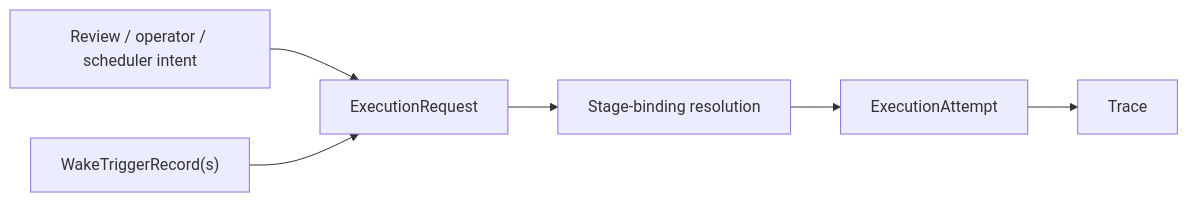
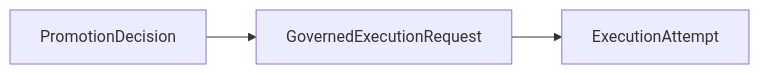
The diagram in wiki/architecture/specs/12-governed-execution-request-contract.md (openboa-ai/ouroboros), drawn with Mermaid before and after one commit. The commit also changed other lines of this file and 80 other files, not shown here.

Commit message:
docs: lock mlp-01 architecture design baseline

````diff
--- a/wiki/architecture/specs/12-governed-execution-request-contract.md
+++ b/wiki/architecture/specs/12-governed-execution-request-contract.md
@@ -69,8 +48,5 @@
 ```mermaid
 flowchart LR
-    A["Review / operator / scheduler intent"] --> B["ExecutionRequest"]
-    P["WakeTriggerRecord(s)"] --> B
-    B --> C["Stage-binding resolution"]
-    C --> D["ExecutionAttempt"]
-    D --> E["Trace"]
+    A["PromotionDecision"] --> B["GovernedExecutionRequest"]
+    B --> C["ExecutionAttempt"]
 ```
````
